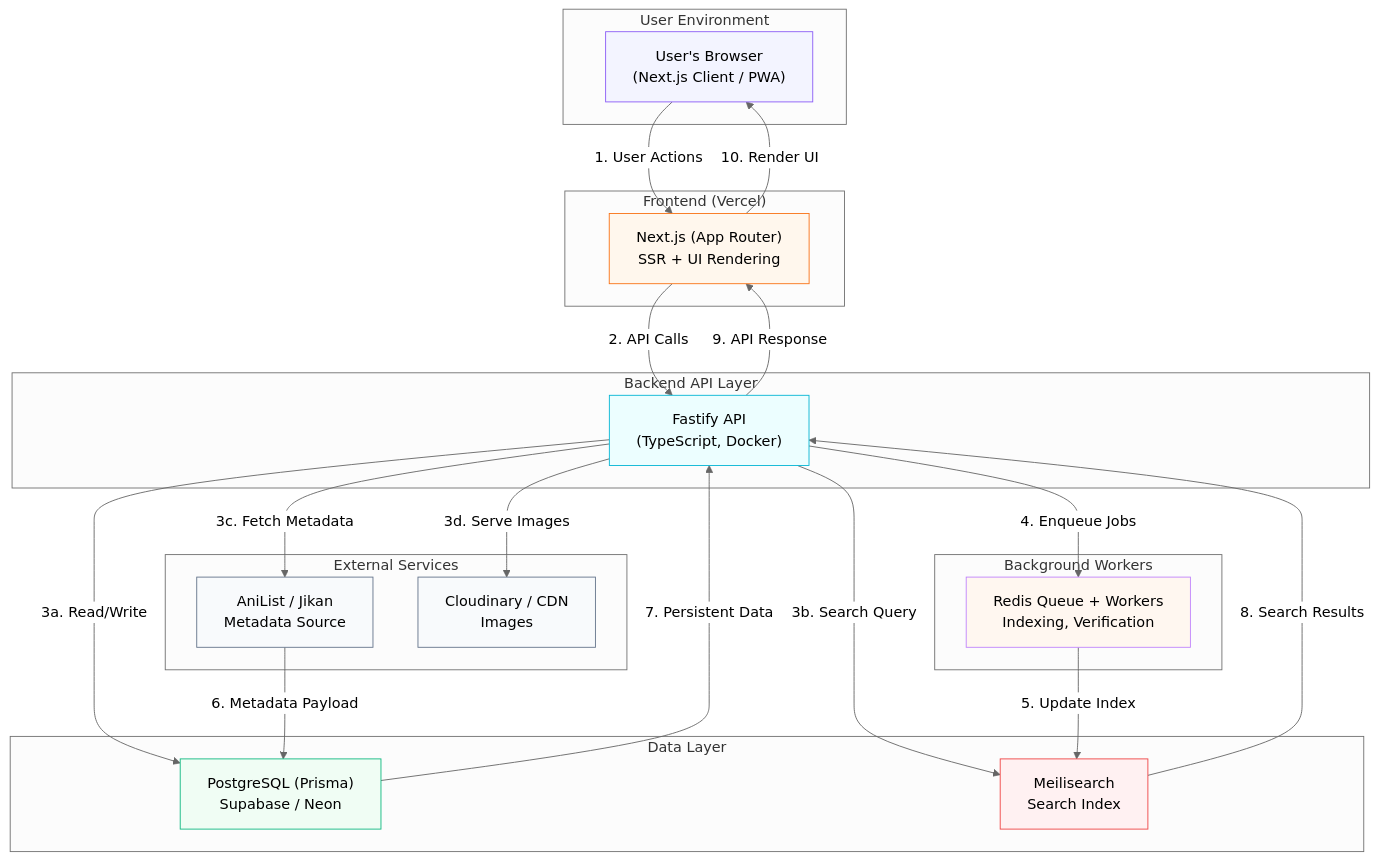
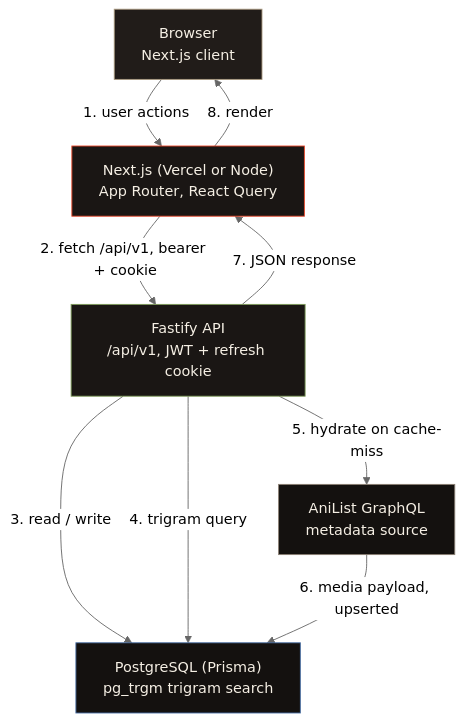
One commit to sinhamajestic/Shuroku changed the first of 2 diagrams in README.md. Above: the diagram before and after it, drawn with Mermaid (neutral theme). The commit also changed other lines of this file, not shown here.

````diff
--- a/README.md
+++ b/README.md
@@ -87,50 +41,23 @@
 ```mermaid
 flowchart TD
-  classDef client fill:#f3f4ff,stroke:#8b5cf6,stroke-width:1px
-  classDef frontend fill:#fff7ed,stroke:#f97316,stroke-width:1px
-  classDef backend fill:#ecfeff,stroke:#06b6d4,stroke-width:1px
-  classDef data fill:#f0fdf4,stroke:#10b981,stroke-width:1px
-  classDef search fill:#fff1f2,stroke:#ef4444,stroke-width:1px
-  classDef ext fill:#f8fafc,stroke:#64748b,stroke-width:1px
-  classDef jobs fill:#fff7f0,stroke:#c084fc,stroke-width:1px
+  classDef client fill:#211C19,stroke:#A8987F,color:#F5EFE4
+  classDef fe fill:#1A1614,stroke:#E8482B,color:#F5EFE4
+  classDef be fill:#1A1614,stroke:#7E9B5A,color:#F5EFE4
+  classDef data fill:#14110F,stroke:#4A6FA5,color:#F5EFE4
+  classDef ext fill:#14110F,stroke:#8A7F73,color:#F5EFE4
 
-  subgraph B["User Environment"]
-    A["User's Browser<br/>(Next.js Client / PWA)"]:::client
-  end
+  A["Browser<br/>Next.js client"]:::client
+  F["Next.js (Vercel or Node)<br/>App Router, React Query"]:::fe
+  S["Fastify API<br/>/api/v1, JWT + refresh cookie"]:::be
+  P["PostgreSQL (Prisma)<br/>pg_trgm trigram search"]:::data
+  AN["AniList GraphQL<br/>metadata source"]:::ext
 
-  subgraph FE["Frontend (Vercel)"]
-    F1["Next.js (App Router)<br/>SSR + UI Rendering"]:::frontend
-  end
-
-  subgraph BE["Backend API Layer"]
-    S["Fastify API<br/>(TypeScript, Docker)"]:::backend
-  end
-
-  subgraph DB["Data Layer"]
-    P["PostgreSQL (Prisma)<br/>Supabase / Neon"]:::data
-    M["Meilisearch<br/>Search Index"]:::search
-  end
-
-  subgraph EXT["External Services"]
-    AN["AniList / Jikan<br/>Metadata Source"]:::ext
-    IMG["Cloudinary / CDN<br/>Images"]:::ext
-  end
-
-  subgraph WORKERS["Background Workers"]
-    W["Redis Queue + Workers<br/>Indexing, Verification"]:::jobs
-  end
-
-  A -->|1. User Actions| F1
-  F1 -->|2. API Calls| S
-  S -->|3a. Read/Write| P
-  S -->|3b. Search Query| M
-  S -->|3c. Fetch Metadata| AN
-  S -->|3d. Serve Images| IMG
-  S -->|4. Enqueue Jobs| W
-  W -->|5. Update Index| M
-  AN -->|6. Metadata Payload| P
-  P -->|7. Persistent Data| S
-  M -->|8. Search Results| S
-  S -->|9. API Response| F1
-  F1 -->|10. Render UI| A
+  A -->|1. user actions| F
+  F -->|2. fetch /api/v1, bearer + cookie| S
+  S -->|3. read / write| P
+  S -->|4. trigram query| P
+  S -->|5. hydrate on cache-miss| AN
+  AN -->|6. media payload, upserted| P
+  S -->|7. JSON response| F
+  F -->|8. render| A
 ```
````
